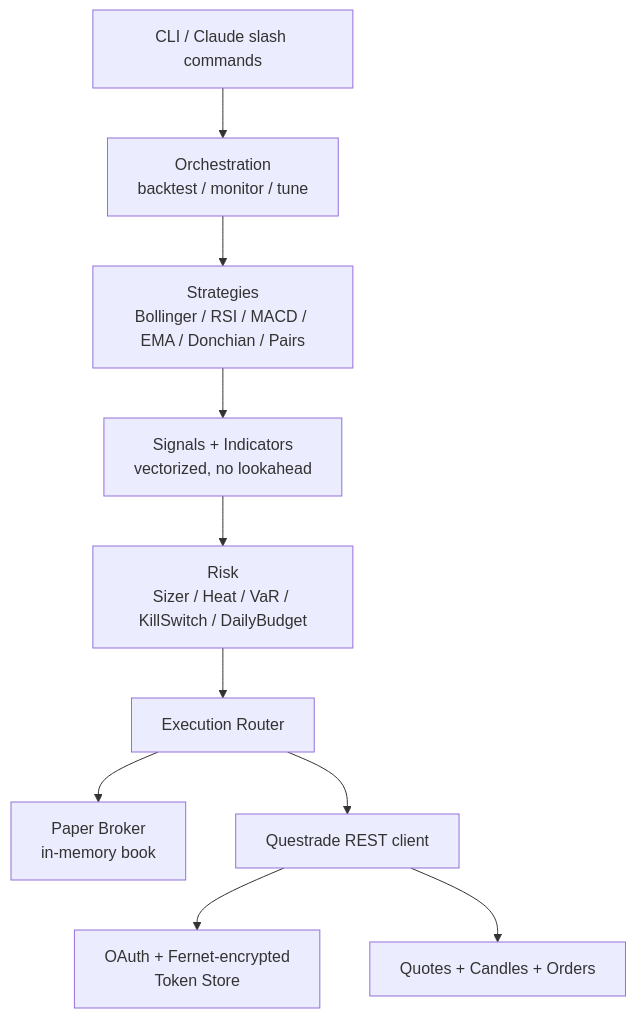
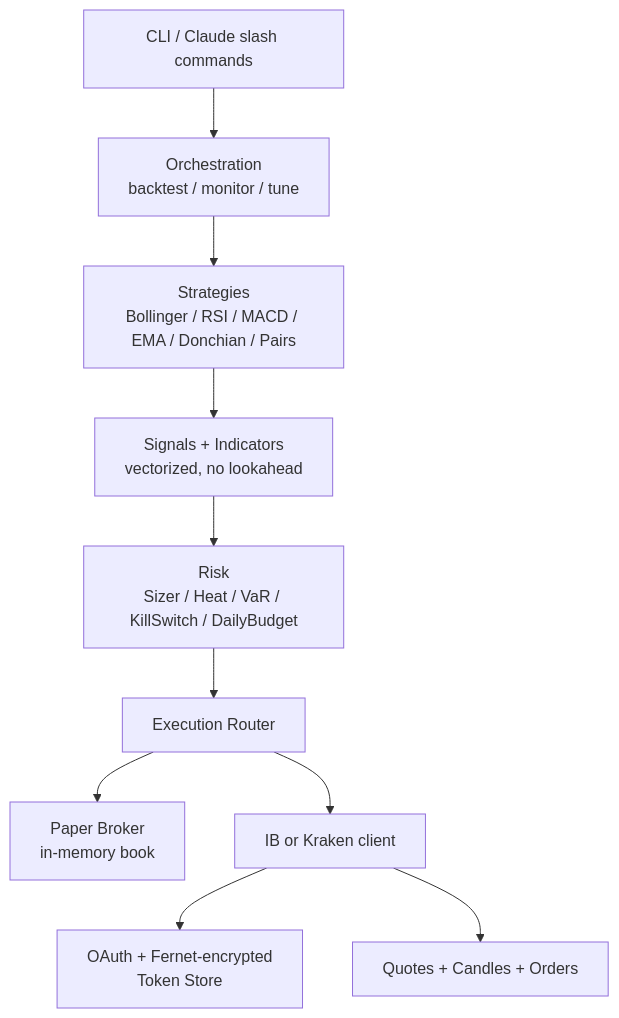
The second of 4 diagrams in README.md (akshan-bansal/FRM-Claude-tradecard), drawn with Mermaid before and after one commit. The commit also changed other lines of this file and 42 other files, not shown here.

First line of the commit message:
Delete the Questrade broker and move the docs, skills and templates to IB and Kraken

````diff
--- a/README.md
+++ b/README.md
@@ -272,12 +272,12 @@
 ```mermaid
 flowchart TB
     CLI[CLI / Claude slash commands] --> Orch[Orchestration<br/>backtest / monitor / tune]
     Orch --> Strat[Strategies<br/>Bollinger / RSI / MACD / EMA / Donchian / Pairs]
     Strat --> Sig[Signals + Indicators<br/>vectorized, no lookahead]
     Sig --> Risk[Risk<br/>Sizer / Heat / VaR / KillSwitch / DailyBudget]
     Risk --> Router[Execution Router]
     Router --> Paper[Paper Broker<br/>in-memory book]
-    Router --> Live[Questrade REST client]
+    Router --> Live[IB or Kraken client]
     Live --> Token[OAuth + Fernet-encrypted<br/>Token Store]
     Live --> Quotes[Quotes + Candles + Orders]
 ```
````
